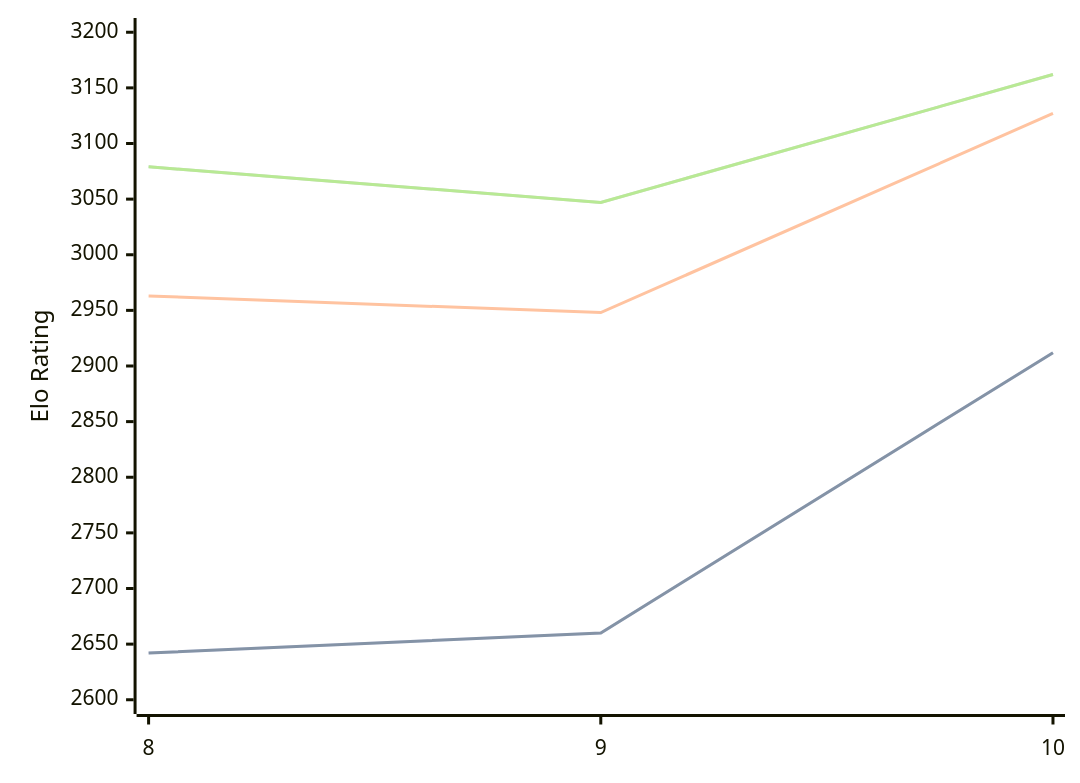
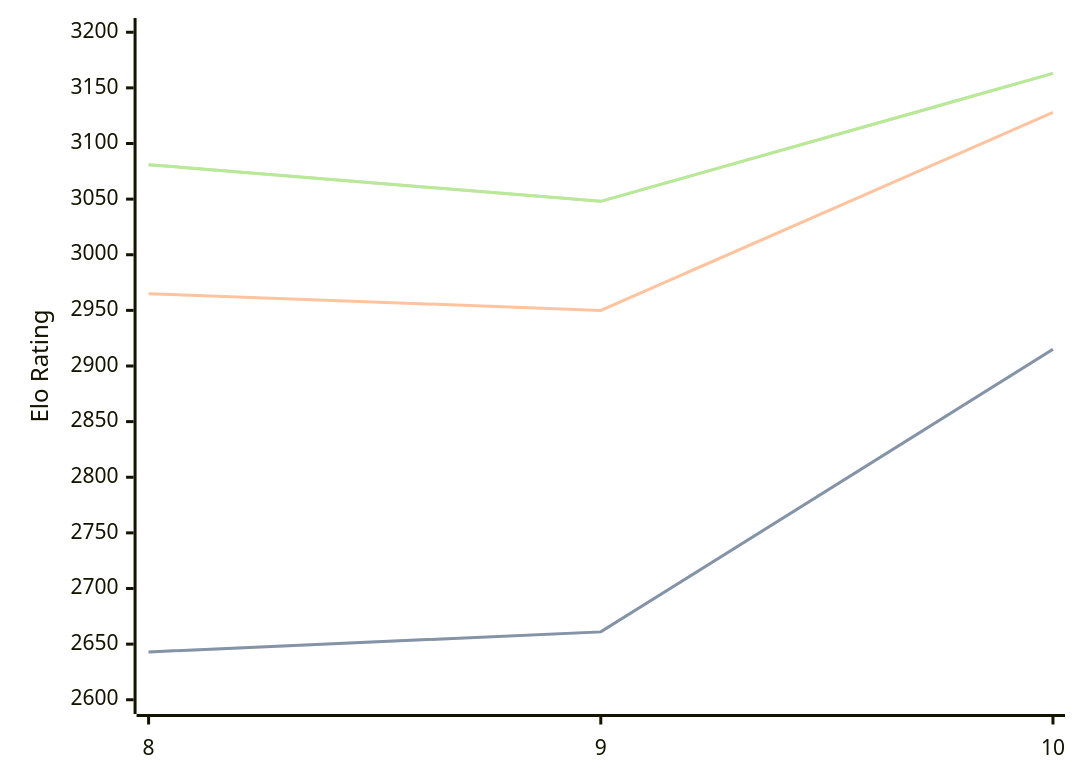
Before and after one commit to computer-chess-index/cci: the diagram in engines/Lozza.md, drawn with Mermaid. The commit also changed other lines of this file, not shown here.

Commit message:
Update CCI Ratings (ELO VLTC) - 2026-05-06

````diff
--- a/engines/Lozza.md
+++ b/engines/Lozza.md
@@ -41,11 +41,11 @@
 ```mermaid
 %%{init: {"theme":"base","themeVariables":{"seriesColors:['#a3a3a3','#222221','#faa371']}}}%%
 xychart-beta
   x-axis ["8", "9", "10"]
   y-axis "Elo Rating" 2600 --> 3200
-  line "STC (8.0+0.08s)" [2642, 2660, 2912]
-  line "STC (8.0+0.08s)" [2642, 2660, 2912]
-  line "LTC (60.0+0.60s)" [2963, 2948, 3127]
-  line "VLTC (2m24s+1.12s)" [3079, 3047, 3162]
-  line "VLTC (2m24s+1.12s)" [3079, 3047, 3162]
+  line "STC (8.0+0.08s)" [2643, 2661, 2915]
+  line "STC (8.0+0.08s)" [2643, 2661, 2915]
+  line "LTC (60.0+0.60s)" [2965, 2950, 3128]
+  line "VLTC (2m24s+1.12s)" [3081, 3048, 3163]
+  line "VLTC (2m24s+1.12s)" [3081, 3048, 3163]
 ```
````
